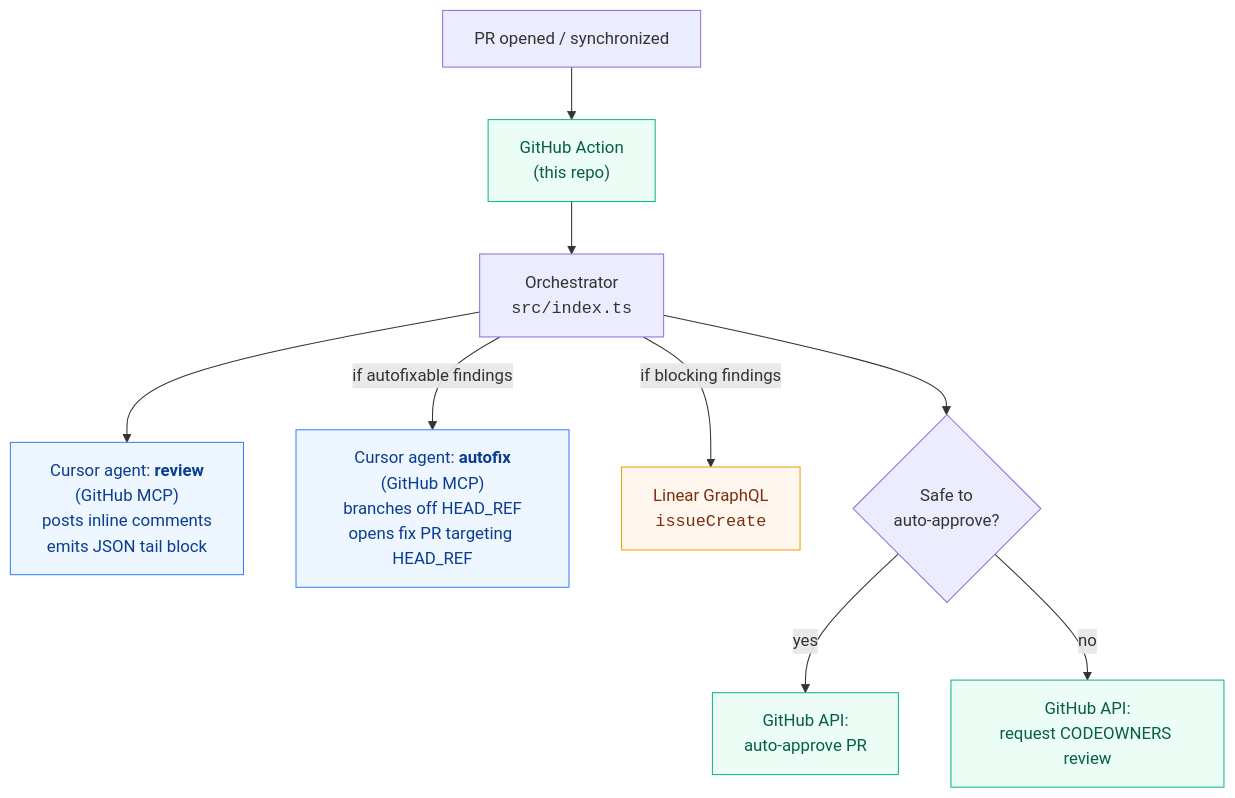
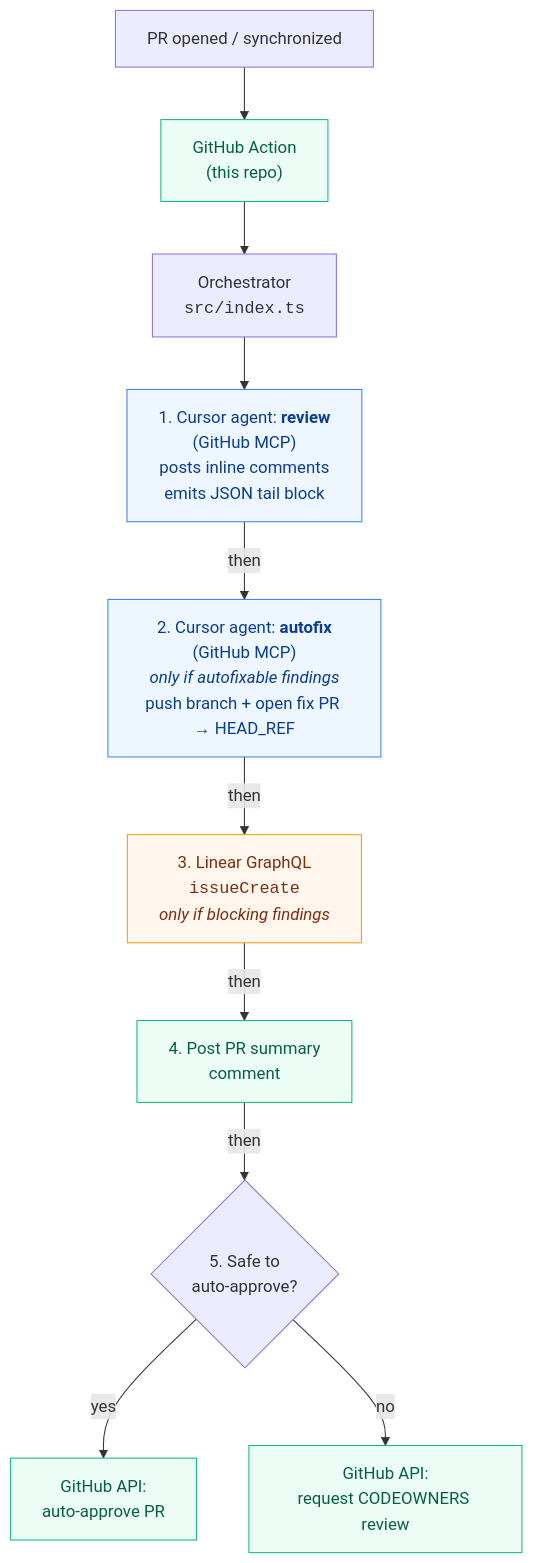
The diagram in README.md (captain-corgi/cursor-sdk-example), drawn with Mermaid before and after one commit. The commit also changed other lines of this file, not shown here.

Commit message:
docs: chain mermaid architecture steps to match runtime order
Address review feedback on PR #10: the previous diagram showed Review,
Autofix, Linear, and the auto-approve decision as four parallel
outbound edges from Orchestrator, which read like simultaneous
dispatches. src/index.ts actually runs them sequentially:
runReview -> optional runAutofix -> optional createLinearIssueForReview
-> postSummaryComment -> autoApprove or requestCodeownersReview.

Reorder the flowchart into a single chain with conditional gating noted
in-node ("only if autofixable findings", "only if blocking findings"),
add the missing post-summary step, and number the phases so the chart
matches runtime order at a glance.

````diff
--- a/README.md
+++ b/README.md
@@ -15,20 +15,21 @@
 ```mermaid
 flowchart TD
     PR["PR opened / synchronized"] --> Action["GitHub Action<br/>(this repo)"]
     Action --> Orchestrator["Orchestrator<br/><code>src/index.ts</code>"]
 
-    Orchestrator --> Review["Cursor agent: <b>review</b><br/>(GitHub MCP)<br/>posts inline comments<br/>emits JSON tail block"]
-    Orchestrator -->|if autofixable findings| Autofix["Cursor agent: <b>autofix</b><br/>(GitHub MCP)<br/>branches off HEAD_REF<br/>opens fix PR targeting HEAD_REF"]
-    Orchestrator -->|if blocking findings| Linear["Linear GraphQL<br/><code>issueCreate</code>"]
-    Orchestrator --> Decide{"Safe to<br/>auto-approve?"}
+    Orchestrator --> Review["1. Cursor agent: <b>review</b><br/>(GitHub MCP)<br/>posts inline comments<br/>emits JSON tail block"]
+    Review -->|then| Autofix["2. Cursor agent: <b>autofix</b><br/>(GitHub MCP)<br/><i>only if autofixable findings</i><br/>push branch + open fix PR → HEAD_REF"]
+    Autofix -->|then| Linear["3. Linear GraphQL<br/><code>issueCreate</code><br/><i>only if blocking findings</i>"]
+    Linear -->|then| Summary["4. Post PR summary<br/>comment"]
+    Summary -->|then| Decide{"5. Safe to<br/>auto-approve?"}
 
     Decide -->|yes| Approve["GitHub API:<br/>auto-approve PR"]
     Decide -->|no| Reviewers["GitHub API:<br/>request CODEOWNERS review"]
 
     classDef agent fill:#eef6ff,stroke:#3b82f6,color:#0b3d91;
     classDef ext fill:#fff7ed,stroke:#f59e0b,color:#7c2d12;
     classDef gh fill:#ecfdf5,stroke:#10b981,color:#065f46;
     class Review,Autofix agent;
     class Linear ext;
-    class Approve,Reviewers,Action gh;
+    class Approve,Reviewers,Action,Summary gh;
 ```
````
